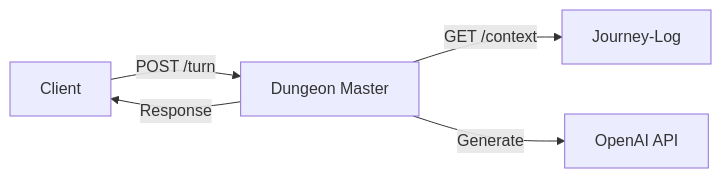
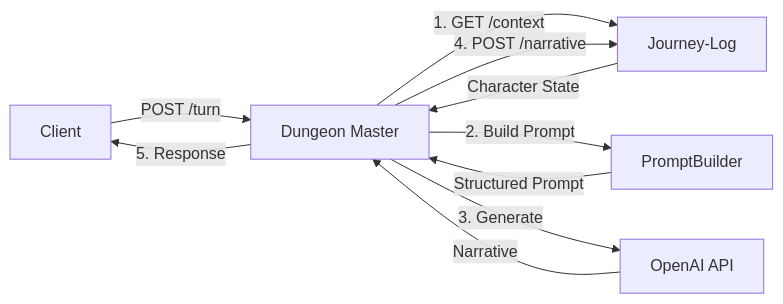
Before and after one commit to AgentFoundryExamples/dungeon-master: the diagram in README.md, drawn with Mermaid. The commit also changed other lines of this file and 14 other files, not shown here.

First line of the commit message:
Implement journey-log and LLM turn orchestration with dependency injection (#4)

````diff
--- a/README.md
+++ b/README.md
@@ -223,7 +236,12 @@
 ```mermaid
 graph LR
     A[Client] -->|POST /turn| B[Dungeon Master]
-    B -->|GET /context| C[Journey-Log]
-    B -->|Generate| D[OpenAI API]
-    B -->|Response| A
+    B -->|1. GET /context| C[Journey-Log]
+    C -->|Character State| B
+    B -->|2. Build Prompt| D[PromptBuilder]
+    D -->|Structured Prompt| B
+    B -->|3. Generate| E[OpenAI API]
+    E -->|Narrative| B
+    B -->|4. POST /narrative| C
+    B -->|5. Response| A
 ```
````
